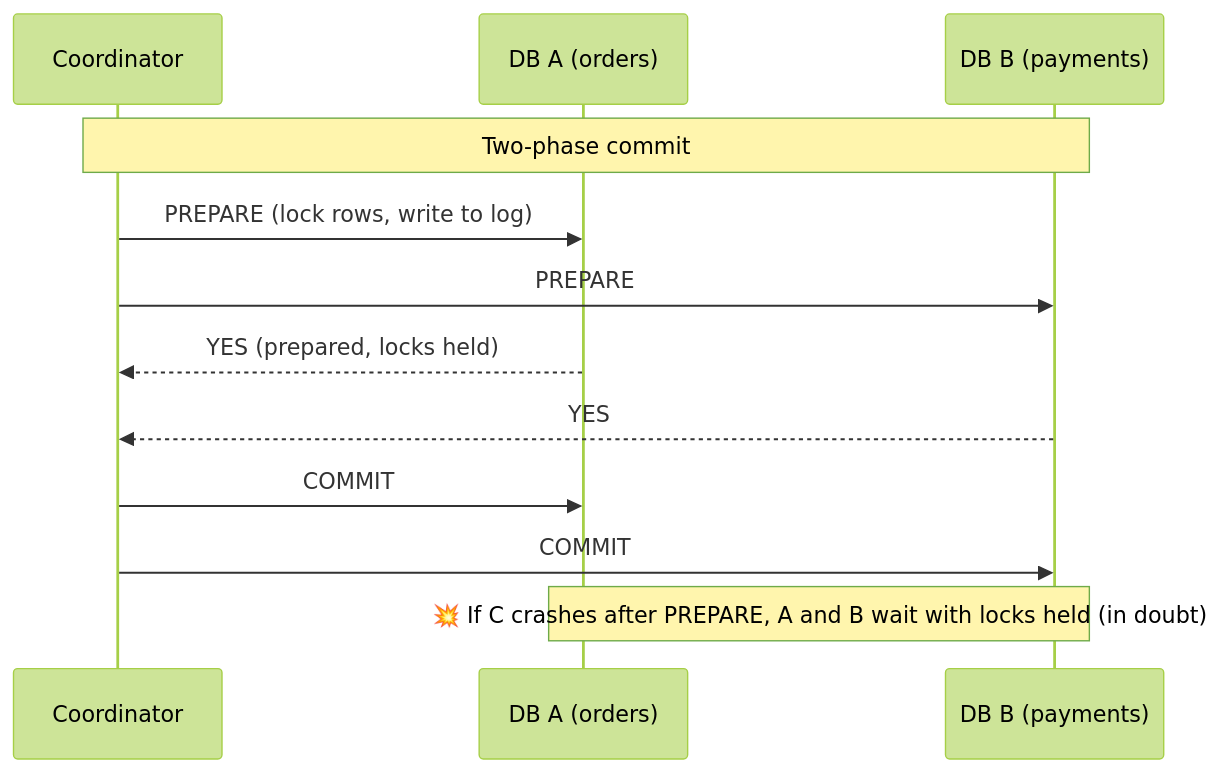
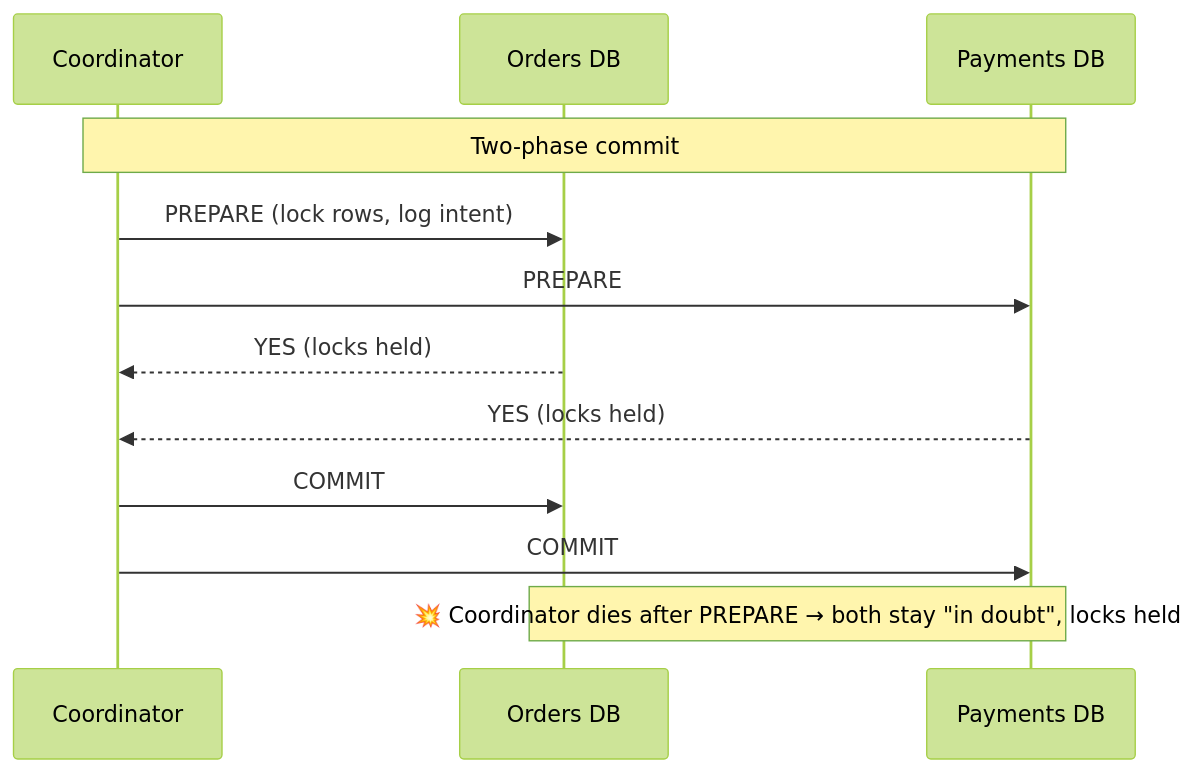
The first of 2 diagrams in phases/10-deep-internals/088-2pc-vs-sagas.md (winnyboy5/System-Design-from-Atoms), drawn with Mermaid (forest theme) before and after one commit. The commit also changed other lines of this file and 9 other files, not shown here.

````diff
--- a/phases/10-deep-internals/088-2pc-vs-sagas.md
+++ b/phases/10-deep-internals/088-2pc-vs-sagas.md
@@ -26,14 +36,14 @@
 ```mermaid
 sequenceDiagram
     participant C as Coordinator
-    participant A as DB A (orders)
-    participant B as DB B (payments)
+    participant A as Orders DB
+    participant B as Payments DB
     Note over C,B: Two-phase commit
-    C->>A: PREPARE (lock rows, write to log)
+    C->>A: PREPARE (lock rows, log intent)
     C->>B: PREPARE
-    A-->>C: YES (prepared, locks held)
-    B-->>C: YES
+    A-->>C: YES (locks held)
+    B-->>C: YES (locks held)
     C->>A: COMMIT
     C->>B: COMMIT
-    Note over A,B: 💥 If C crashes after PREPARE, A and B wait with locks held (in doubt)
+    Note over A,B: 💥 Coordinator dies after PREPARE → both stay "in doubt", locks held
 ```
````
